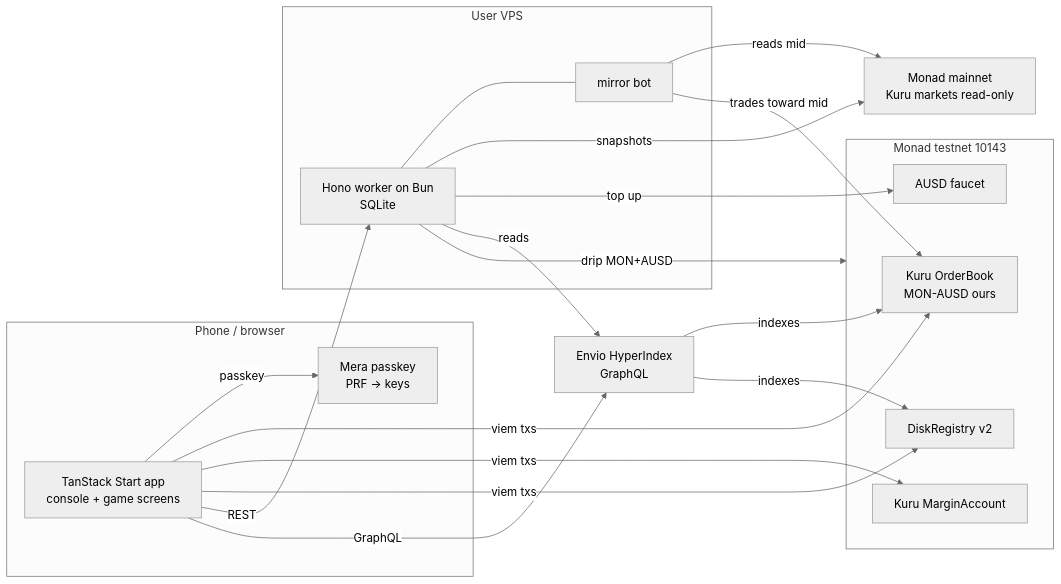
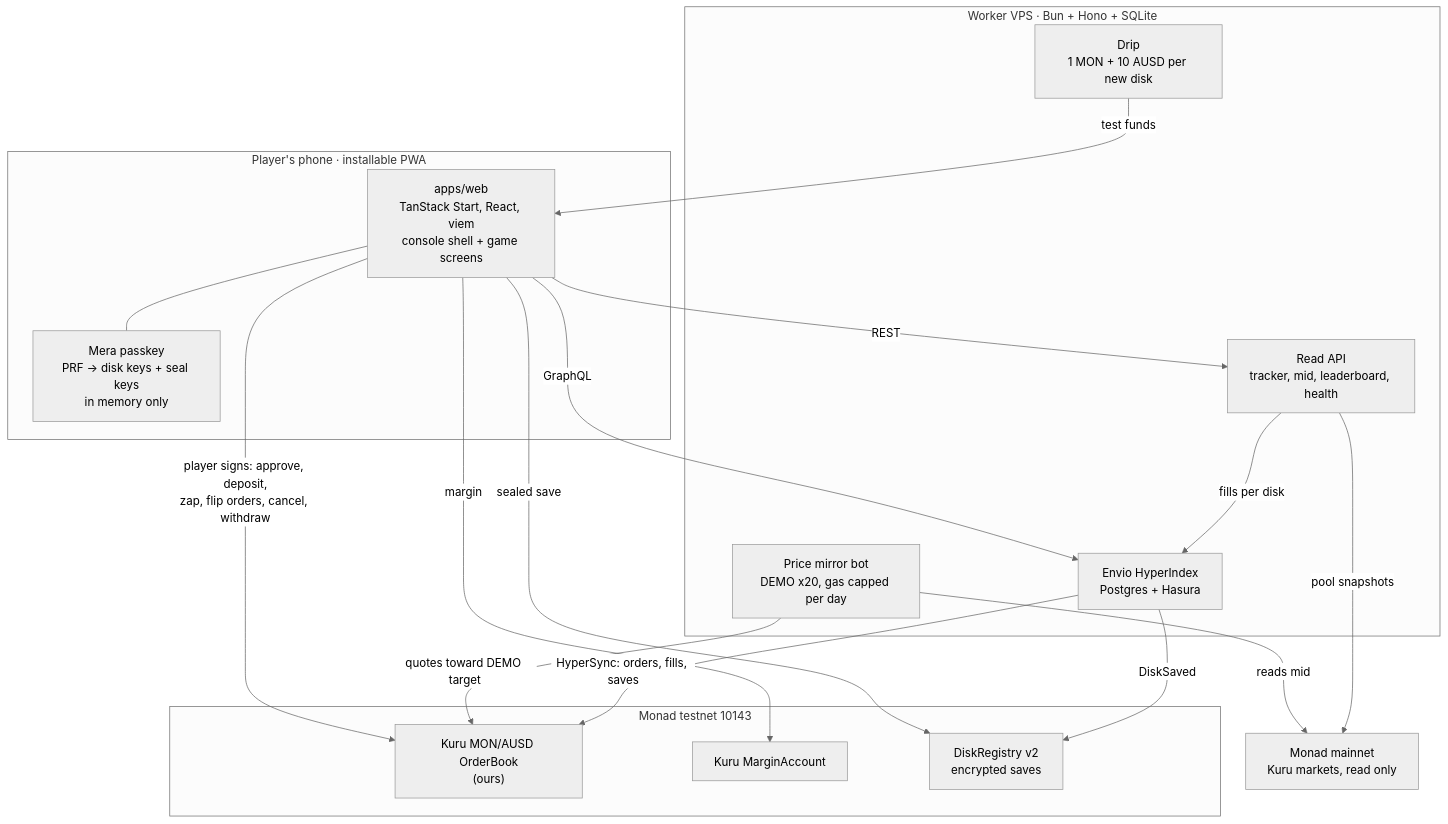
One commit to Dylansius11/monadboy changed the second of 4 diagrams in README.md. Above: the diagram before and after it, drawn with Mermaid (neutral theme). The commit also changed other lines of this file, not shown here.

First line of the commit message:
docs(readme): rewrite for judges with problem, evidence, sponsor integrations and roadmap

````diff
--- a/README.md
+++ b/README.md
@@ -31,32 +108,36 @@
 ```mermaid
-flowchart LR
-  subgraph Browser[Phone / browser]
-    UI[TanStack Start app\nconsole + game screens]
-    Mera[Mera passkey\nPRF -> keys]
-  end
-  subgraph VPS[User VPS]
-    W[Hono worker on Bun\nSQLite]
-    Bot[mirror bot]
-    W --- Bot
-  end
-  subgraph Testnet[Monad testnet 10143]
-    Mkt[Kuru OrderBook\nMON-AUSD ours]
-    MA[Kuru MarginAccount]
-    DR[DiskRegistry v2]
-    AF[AUSD faucet]
-  end
-  Main[Monad mainnet\nKuru markets read-only]
-  Envio[Envio HyperIndex\nGraphQL]
+flowchart TB
+    subgraph Phone["Player's phone · installable PWA"]
+        WEB["apps/web<br/>TanStack Start, React, viem<br/>console shell + game screens"]
+        MERA["Mera passkey<br/>PRF → disk keys + seal keys<br/>in memory only"]
+        WEB --- MERA
+    end
 
-  UI -- passkey --> Mera
-  UI -- viem txs --> Mkt & MA & DR
-  UI -- REST --> W
-  UI -- GraphQL --> Envio
-  Envio -- indexes --> Mkt & DR
-  Bot -- reads mid --> Main
-  Bot -- trades toward mid --> Mkt
-  W -- snapshots --> Main
-  W -- drip MON+AUSD --> Testnet
-  W -- top up --> AF
-  W -- reads --> Envio
+    subgraph VPS["Worker VPS · Bun + Hono + SQLite"]
+        API["Read API<br/>tracker, mid, leaderboard, health"]
+        DRIP["Drip<br/>1 MON + 10 AUSD per new disk"]
+        BOT["Price mirror bot<br/>DEMO x20, gas capped per day"]
+        IDX["Envio HyperIndex<br/>Postgres + Hasura"]
+    end
+
+    subgraph Testnet["Monad testnet 10143"]
+        BOOK["Kuru MON/AUSD OrderBook<br/>(ours)"]
+        MA["Kuru MarginAccount"]
+        REG["DiskRegistry v2<br/>encrypted saves"]
+    end
+
+    MAIN["Monad mainnet<br/>Kuru markets, read only"]
+
+    WEB -- "player signs: approve, deposit,<br/>zap, flip orders, cancel, withdraw" --> BOOK
+    WEB -- "margin" --> MA
+    WEB -- "sealed save" --> REG
+    WEB -- "REST" --> API
+    WEB -- "GraphQL" --> IDX
+    DRIP -- "test funds" --> WEB
+    BOT -- "reads mid" --> MAIN
+    BOT -- "quotes toward DEMO target" --> BOOK
+    API -- "pool snapshots" --> MAIN
+    IDX -- "HyperSync: orders, fills, saves" --> BOOK
+    IDX -- "DiskSaved" --> REG
+    API -- "fills per disk" --> IDX
 ```
````
